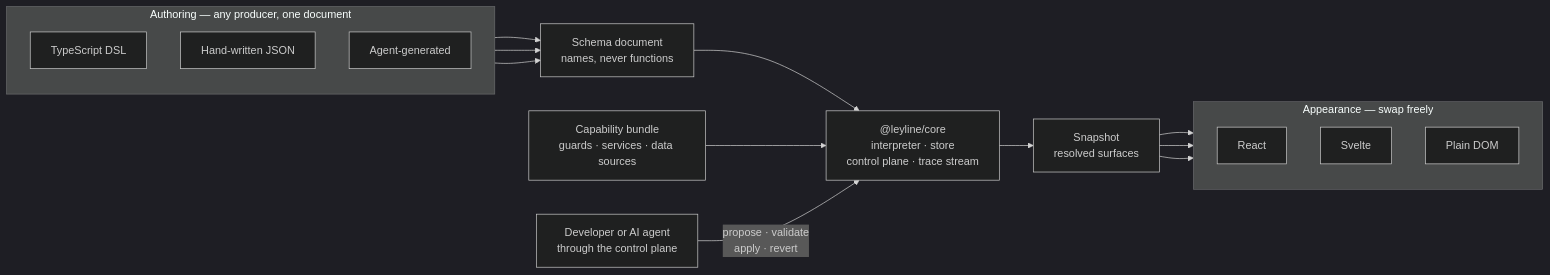
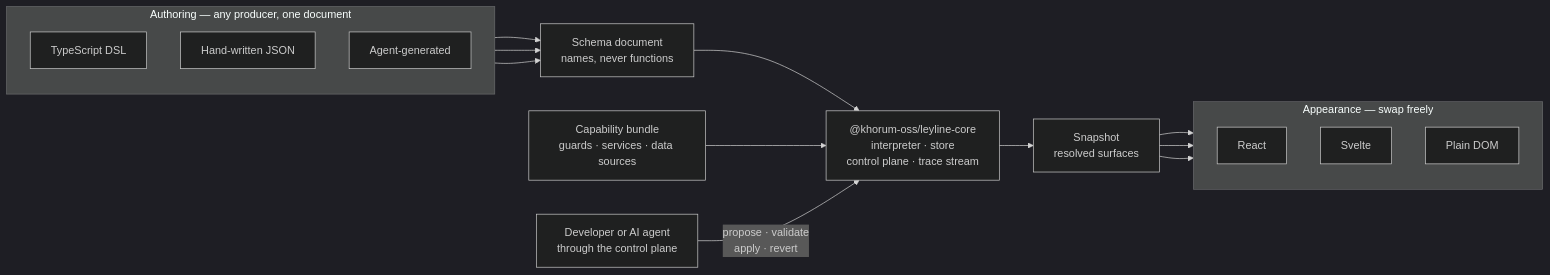
One commit to khorum-oss/leyline changed the diagram in README.md. Above: the diagram before and after it, drawn with Mermaid (dark theme). The commit also changed other lines of this file and 143 other files, not shown here.

First line of the commit message:
Publish under the @khorum-oss scope

````diff
--- a/README.md
+++ b/README.md
@@ -45,34 +45,34 @@
 ```mermaid
 flowchart LR
     subgraph authoring["Authoring — any producer, one document"]
         direction TB
         DSL["TypeScript DSL"]
         JSON["Hand-written JSON"]
         AGENTGEN["Agent-generated"]
     end
 
     DOC["Schema document<br/>names, never functions"]
     BUNDLE["Capability bundle<br/>guards · services · data sources"]
-    CORE["@leyline/core<br/>interpreter · store<br/>control plane · trace stream"]
+    CORE["@khorum-oss/leyline-core<br/>interpreter · store<br/>control plane · trace stream"]
     SNAP["Snapshot<br/>resolved surfaces"]
 
     subgraph render["Appearance — swap freely"]
         direction TB
         REACT["React"]
         SVELTE["Svelte"]
         DOM["Plain DOM"]
     end
 
     OPERATOR["Developer or AI agent<br/>through the control plane"]
 
     DSL --> DOC
     JSON --> DOC
     AGENTGEN --> DOC
     DOC --> CORE
     BUNDLE --> CORE
     CORE --> SNAP
     SNAP --> REACT
     SNAP --> SVELTE
     SNAP --> DOM
     OPERATOR -- "propose · validate<br/>apply · revert" --> CORE
 ```
````
